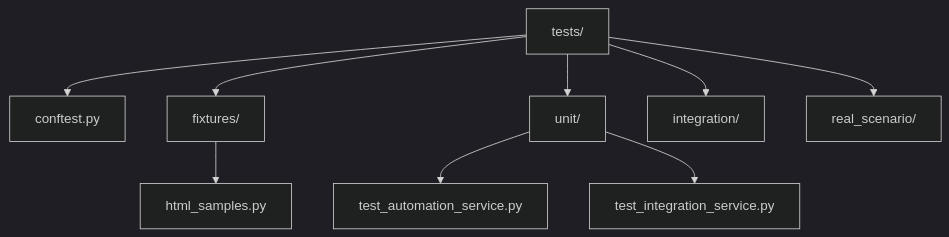
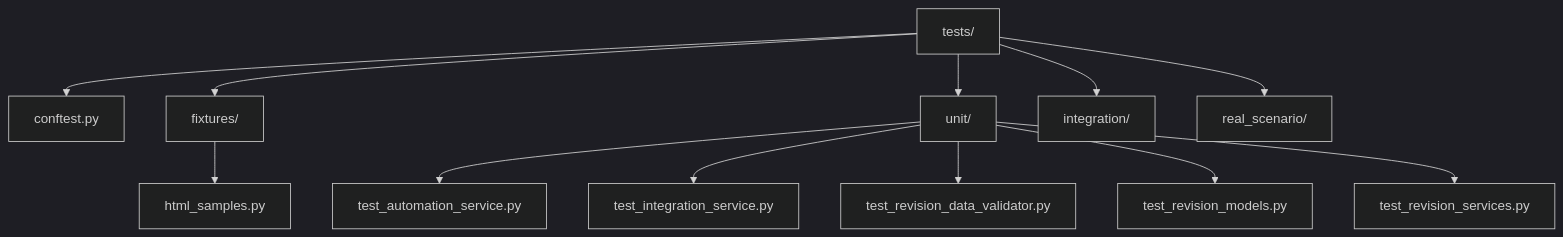
The first of 9 diagrams in .qoder/repowiki/zh/content/测试策略/单元测试.md (xfbyxq/ai-novel-system), drawn with Mermaid (dark theme) before and after one commit. The commit also changed other lines of this file and 10 other files, not shown here.

````diff
--- a/.qoder/repowiki/zh/content/测试策略/单元测试.md
+++ b/.qoder/repowiki/zh/content/测试策略/单元测试.md
@@ -44,11 +52,14 @@
 ```mermaid
 graph TB
 A["tests/"] --> B["conftest.py"]
 A --> C["fixtures/"]
 A --> D["unit/"]
 A --> E["integration/"]
 A --> F["real_scenario/"]
 D --> G["test_automation_service.py"]
 D --> H["test_integration_service.py"]
-C --> I["html_samples.py"]
+D --> I["test_revision_data_validator.py"]
+D --> J["test_revision_models.py"]
+D --> K["test_revision_services.py"]
+C --> L["html_samples.py"]
 ```
````
